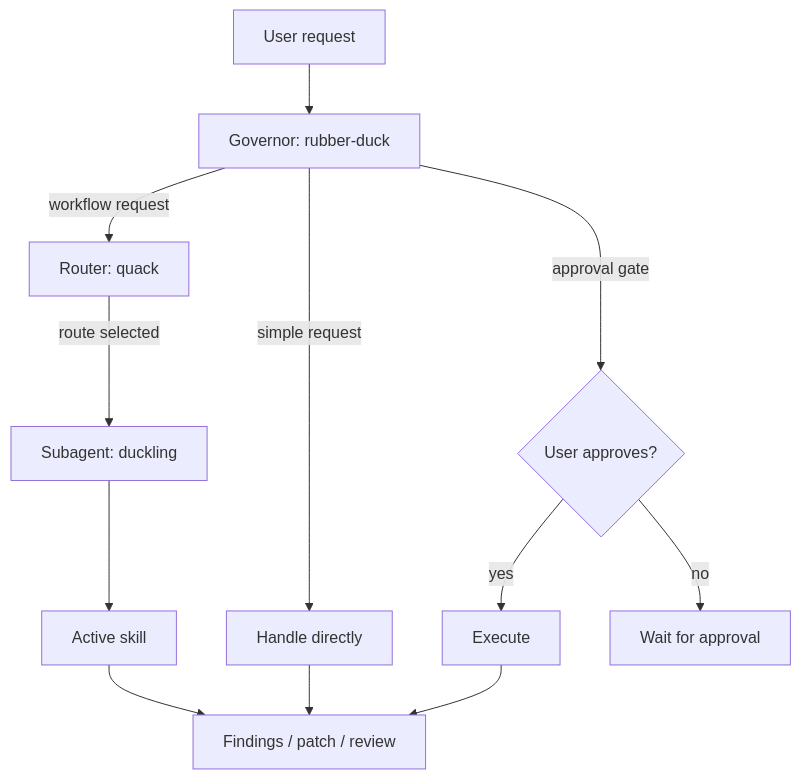
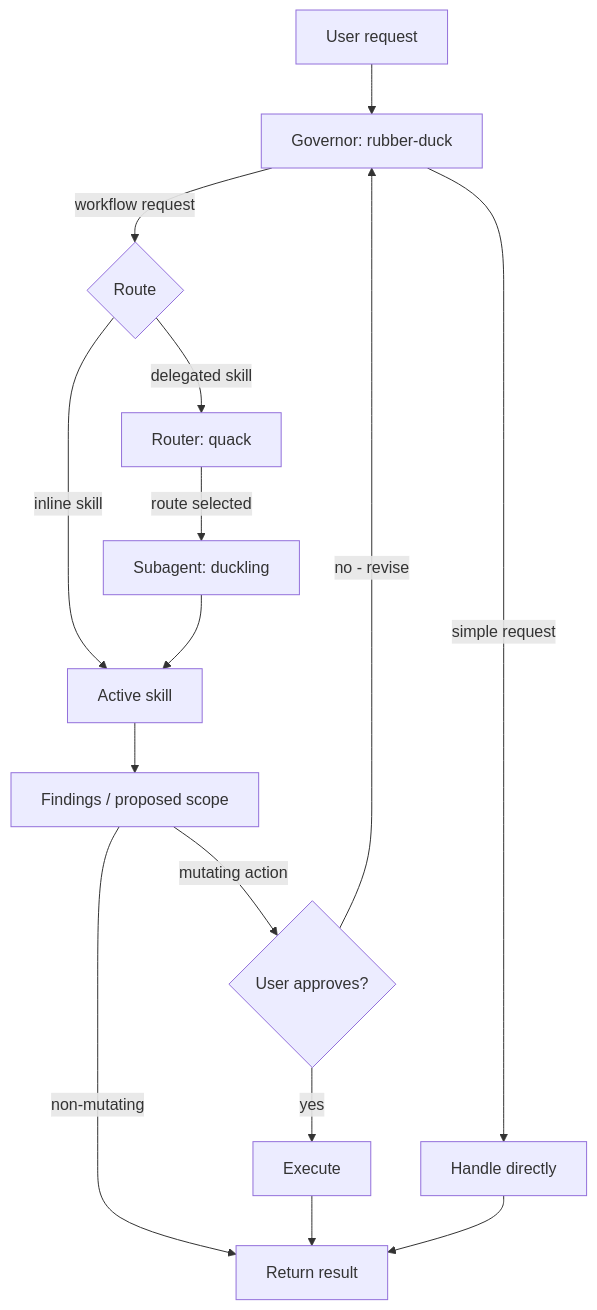
One commit to sprngr/rubber-duck changed the diagram in README.md. Above: the diagram before and after it, drawn with Mermaid. The commit also changed other lines of this file, not shown here.

First line of the commit message:
Revise routing diagram: approval revise loop, single skill node

````diff
--- a/README.md
+++ b/README.md
@@ -230,14 +230,17 @@
 ```mermaid
 flowchart TD
     USER[User request] --> GOV[Governor: rubber-duck]
     GOV -->|simple request| DIRECT[Handle directly]
-    GOV -->|workflow request| QUACK[Router: quack]
+    GOV -->|workflow request| ROUTE{Route}
+    ROUTE -->|inline skill| SKILL[Active skill]
+    ROUTE -->|delegated skill| QUACK[Router: quack]
     QUACK -->|route selected| DUCKLING[Subagent: duckling]
-    DUCKLING --> SKILL[Active skill]
-    SKILL --> OUTPUT[Findings / patch / review]
-    GOV -->|approval gate| APPROVAL{User approves?}
+    DUCKLING --> SKILL
+    SKILL --> PROPOSAL[Findings / proposed scope]
+    PROPOSAL -->|non-mutating| OUTPUT[Return result]
+    PROPOSAL -->|mutating action| APPROVAL{User approves?}
     APPROVAL -->|yes| EXECUTE[Execute]
-    APPROVAL -->|no| WAIT[Wait for approval]
+    EXECUTE --> OUTPUT
+    APPROVAL -->|no - revise| GOV
     DIRECT --> OUTPUT
-    EXECUTE --> OUTPUT
 ```
````
